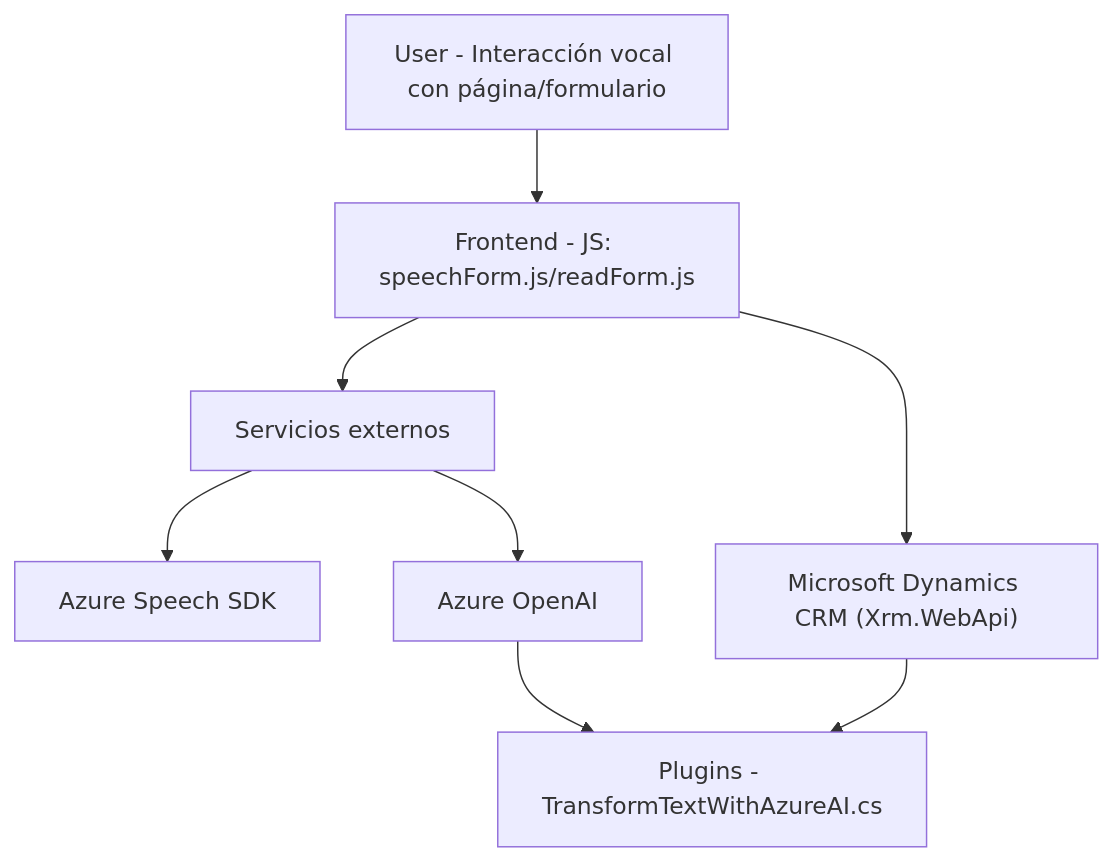
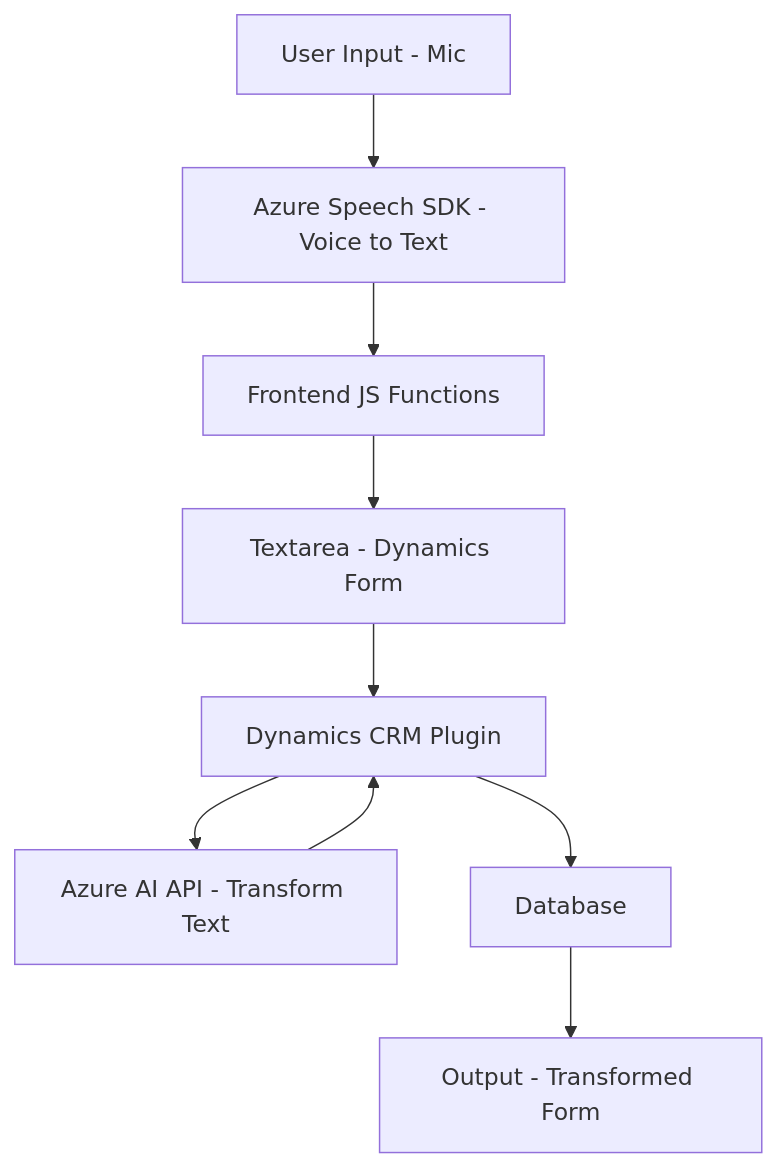
One commit to blopezdm/NETCORE_BILBAO2025 changed the diagram in README.md. Above: the diagram before and after it, drawn with Mermaid. The commit also changed other lines of this file, not shown here.

Commit message:
Actualizar análisis global de la solución con IA

````diff
--- a/README.md
+++ b/README.md
@@ -31,18 +48,20 @@
 ```mermaid
 graph TD
-    A["User - Interacción vocal con página/formulario"]
-    B["Frontend - JS: speechForm.js/readForm.js"]
-    C["Plugins - TransformTextWithAzureAI.cs"]
-    D["Servicios externos"]
-    E["Azure Speech SDK"]
-    F["Azure OpenAI"]
-    G["Microsoft Dynamics CRM (Xrm.WebApi)"]
+    A["User Input - Mic"]
+    B["Azure Speech SDK - Voice to Text"]
+    C["Textarea - Dynamics Form"]
+    D["Frontend JS Functions"]
+    E["Azure AI API - Transform Text"]
+    F["Dynamics CRM Plugin"]
+    G["Database"]
+    H["Output - Transformed Form"]
 
     A --> B
     B --> D
-    B --> G
-    D --> E
-    D --> F
-    G --> C
-    F --> C
+    D --> C
+    C --> F
+    F --> E
+    E --> F
+    F --> G
+    G --> H
 ```
````
